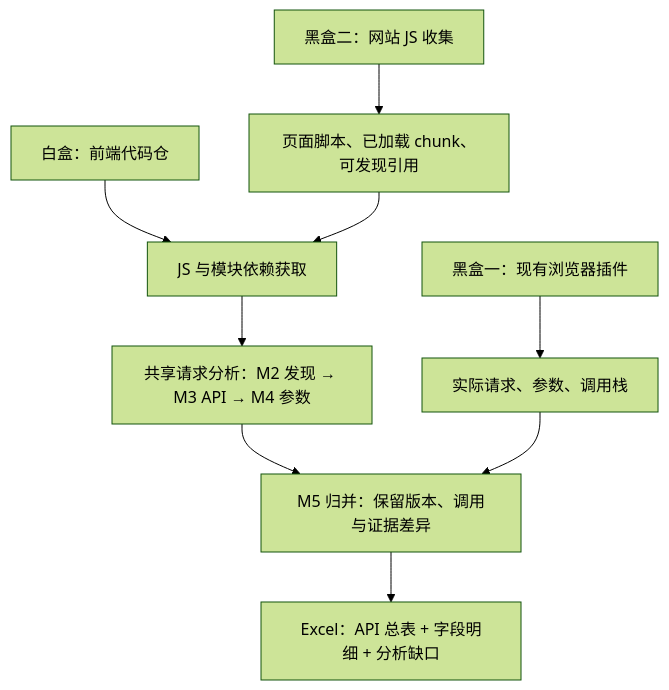
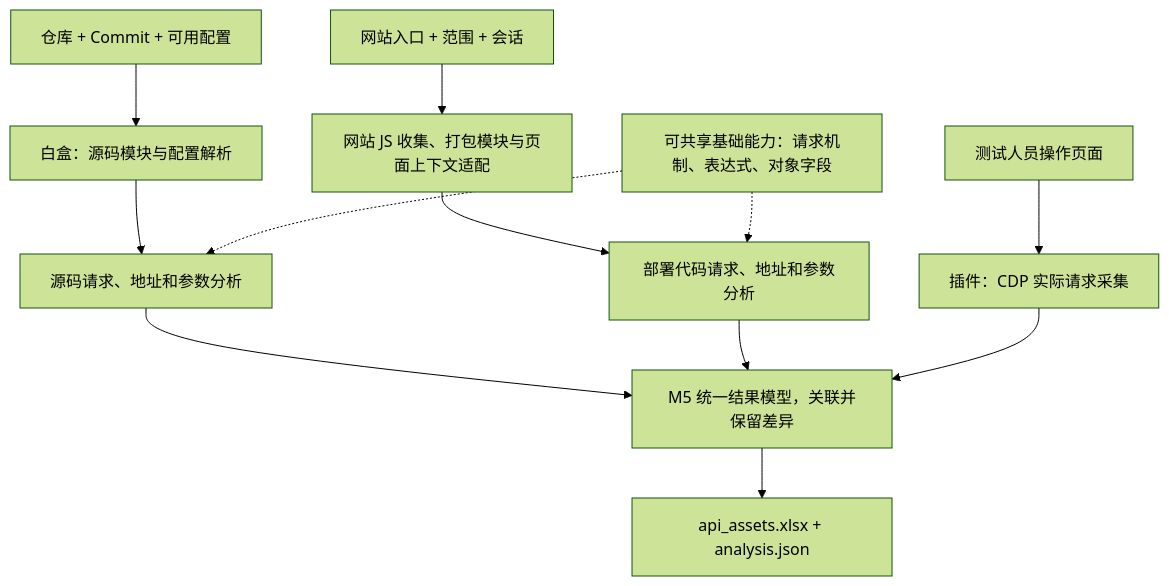
One commit to luohaijiang789/js-security changed the diagram in docs/API资产收集总方案.md. Above: the diagram before and after it, drawn with Mermaid (forest theme). The commit also changed other lines of this file and 12 other files, not shown here.

````diff
--- a/docs/API资产收集总方案.md
+++ b/docs/API资产收集总方案.md
@@ -9,11 +17,14 @@
 ```mermaid
 flowchart TD
-    W["白盒：前端代码仓"] --> A["JS 与模块依赖获取"]
-    B1["黑盒一：现有浏览器插件"] --> R["实际请求、参数、调用栈"]
-    B2["黑盒二：网站 JS 收集"] --> J["页面脚本、已加载 chunk、可发现引用"]
-    J --> A
-    A --> E["共享请求分析：M2 发现 → M3 API → M4 参数"]
-    E --> M["M5 归并：保留版本、调用与证据差异"]
-    R --> M
-    M --> X["Excel：API 总表 + 字段明细 + 分析缺口"]
+    W["仓库 + Commit + 可用配置"] --> WA["白盒：源码模块与配置解析"]
+    WA --> WS["源码请求、地址和参数分析"]
+    S["网站入口 + 范围 + 会话"] --> SA["网站 JS 收集、打包模块与页面上下文适配"]
+    SA --> SS["部署代码请求、地址和参数分析"]
+    B["测试人员操作页面"] --> BR["插件：CDP 实际请求采集"]
+    C["可共享基础能力：请求机制、表达式、对象字段"] -.-> WS
+    C -.-> SS
+    WS --> M["M5 统一结果模型，关联并保留差异"]
+    SS --> M
+    BR --> M
+    M --> X["api_assets.xlsx + analysis.json"]
 ```
````
